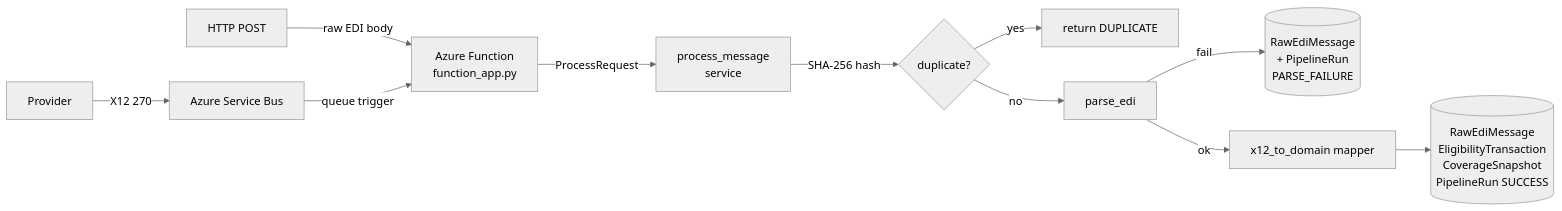
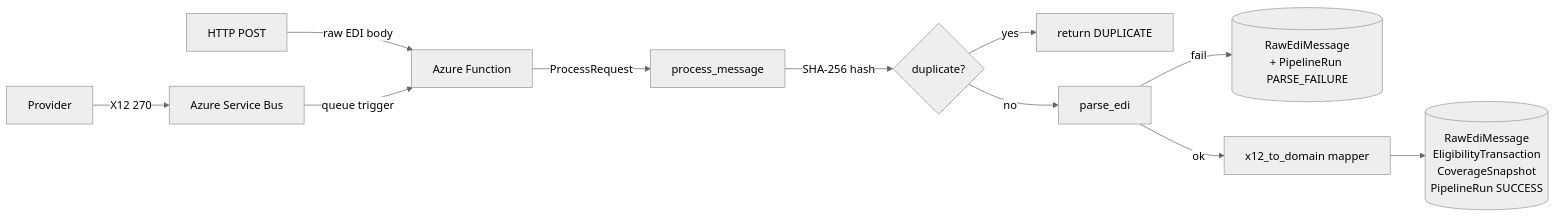
Before and after one commit to mssdef/healthtech-azure-public: the second of 2 diagrams in README.md, drawn with Mermaid (neutral theme). The commit also changed other lines of this file, not shown here.

````diff
--- a/README.md
+++ b/README.md
@@ -17,13 +44,13 @@
 ```mermaid
 flowchart LR
     Provider -->|X12 270| SB[Azure Service Bus]
     HTTP[HTTP POST] -->|raw EDI body| Fn
-    SB -->|queue trigger| Fn[Azure Function\nfunction_app.py]
-    Fn -->|ProcessRequest| Svc[process_message\nservice]
+    SB -->|queue trigger| Fn[Azure Function]
+    Fn -->|ProcessRequest| Svc[process_message]
     Svc -->|SHA-256 hash| Idempotency{duplicate?}
     Idempotency -->|yes| Drop[return DUPLICATE]
     Idempotency -->|no| Parse[parse_edi]
-    Parse -->|fail| Raw[(RawEdiMessage\n+ PipelineRun\nPARSE_FAILURE)]
+    Parse -->|fail| Raw[(RawEdiMessage\n+ PipelineRun PARSE_FAILURE)]
     Parse -->|ok| Map[x12_to_domain mapper]
     Map --> Commit[(RawEdiMessage\nEligibilityTransaction\nCoverageSnapshot\nPipelineRun SUCCESS)]
 ```
````
